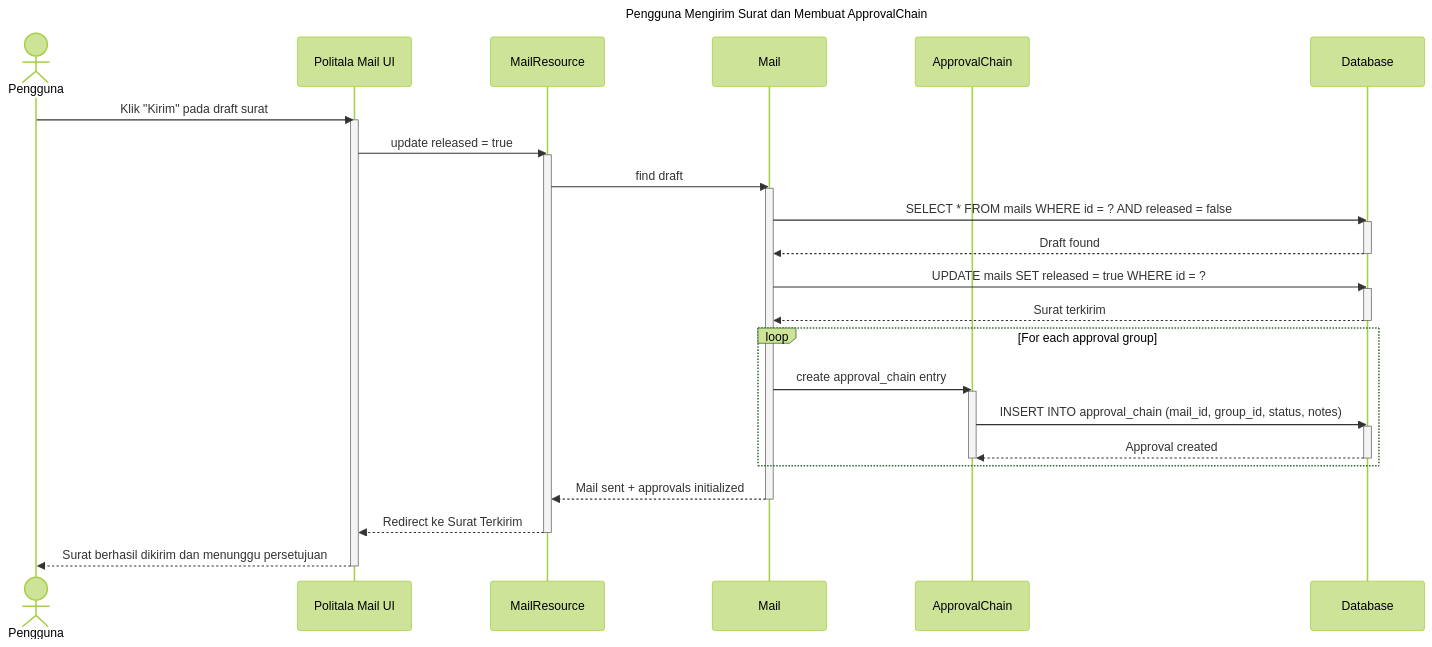
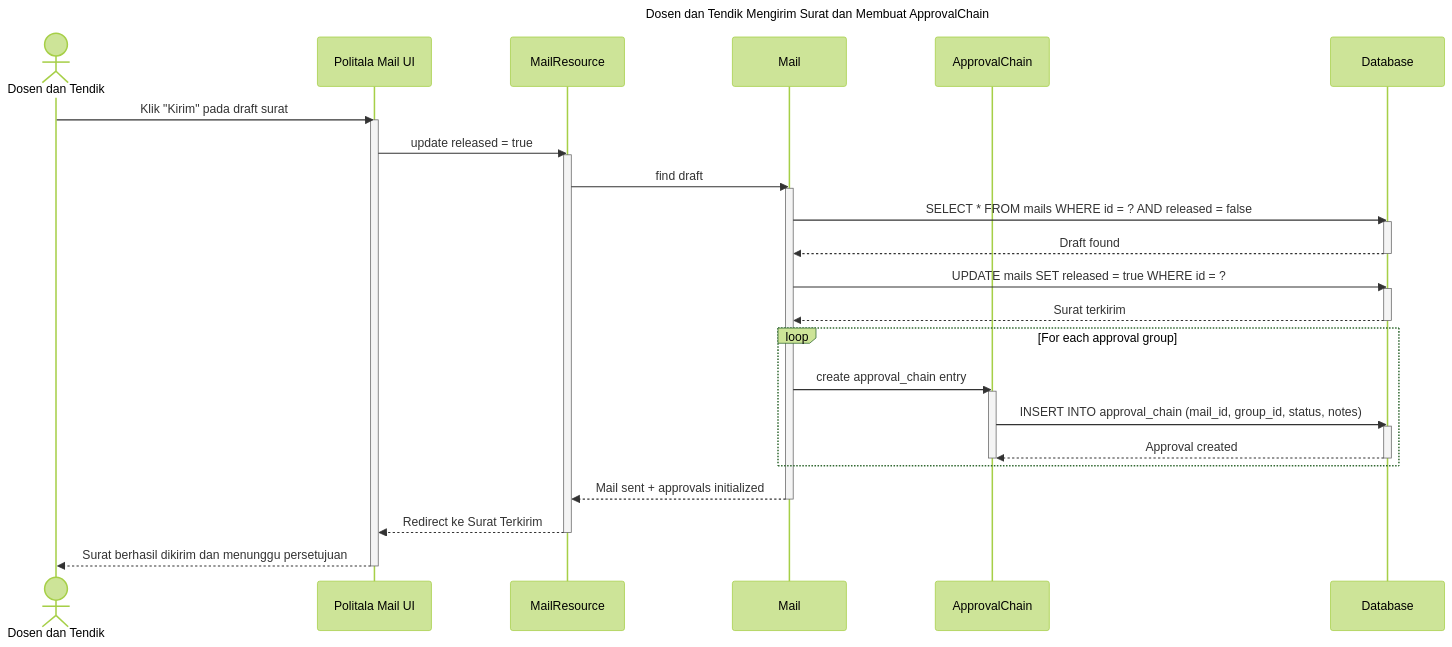
The diagram in Manage Sent Mails/send draft.md (davidhadinugroho24601/UML-politala-mail), drawn with Mermaid (forest theme) before and after one commit. The commit also changed 9 other files, not shown here.

````diff
--- a/Manage Sent Mails/send draft.md
+++ b/Manage Sent Mails/send draft.md
@@ -1,48 +1,48 @@
 ```mermaid
 
 sequenceDiagram
-    title Pengguna Mengirim Surat dan Membuat ApprovalChain
+    title Dosen dan Tendik Mengirim Surat dan Membuat ApprovalChain
 
-    actor Pengguna
+    actor Dosen dan Tendik
     participant FilamentUI as Politala Mail UI
     participant MailResource
     participant MailModel as Mail
     participant ApprovalModel as ApprovalChain
     participant DB as Database
 
-    Pengguna ->> FilamentUI: Klik "Kirim" pada draft surat
+    Dosen dan Tendik ->> FilamentUI: Klik "Kirim" pada draft surat
     activate FilamentUI
     FilamentUI ->> MailResource: update released = true
     activate MailResource
     MailResource ->> MailModel: find draft
     activate MailModel
     MailModel ->> DB: SELECT * FROM mails WHERE id = ? AND released = false
     activate DB
     DB -->> MailModel: Draft found
     deactivate DB
 
     MailModel ->> DB: UPDATE mails SET released = true WHERE id = ?
     activate DB
     DB -->> MailModel: Surat terkirim
     deactivate DB
 
     loop For each approval group
         MailModel ->> ApprovalModel: create approval_chain entry
         activate ApprovalModel
         ApprovalModel ->> DB: INSERT INTO approval_chain (mail_id, group_id, status, notes)
         activate DB
         DB -->> ApprovalModel: Approval created
         deactivate DB
         deactivate ApprovalModel
     end
 
     MailModel -->> MailResource: Mail sent + approvals initialized
     deactivate MailModel
     MailResource -->> FilamentUI: Redirect ke Surat Terkirim
     deactivate MailResource
-    FilamentUI -->> Pengguna: Surat berhasil dikirim dan menunggu persetujuan
+    FilamentUI -->> Dosen dan Tendik: Surat berhasil dikirim dan menunggu persetujuan
     deactivate FilamentUI
 
 
 
 ```
````
